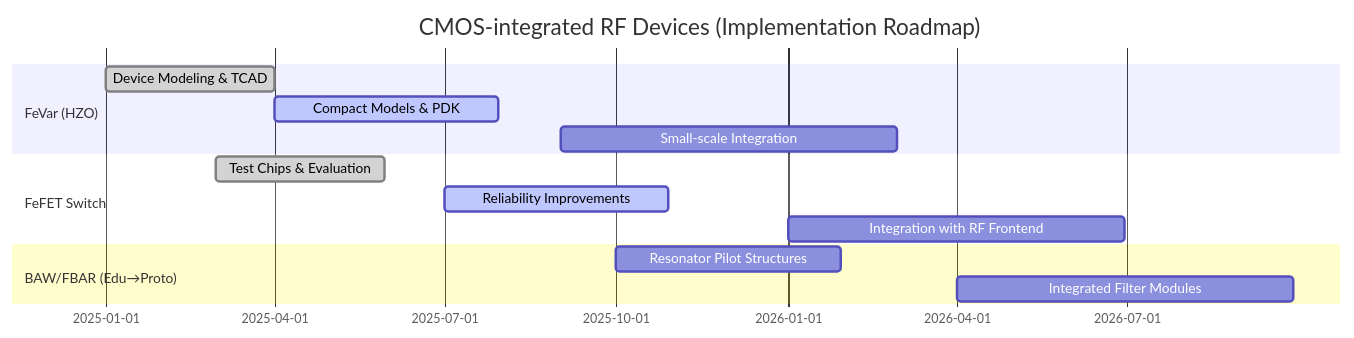
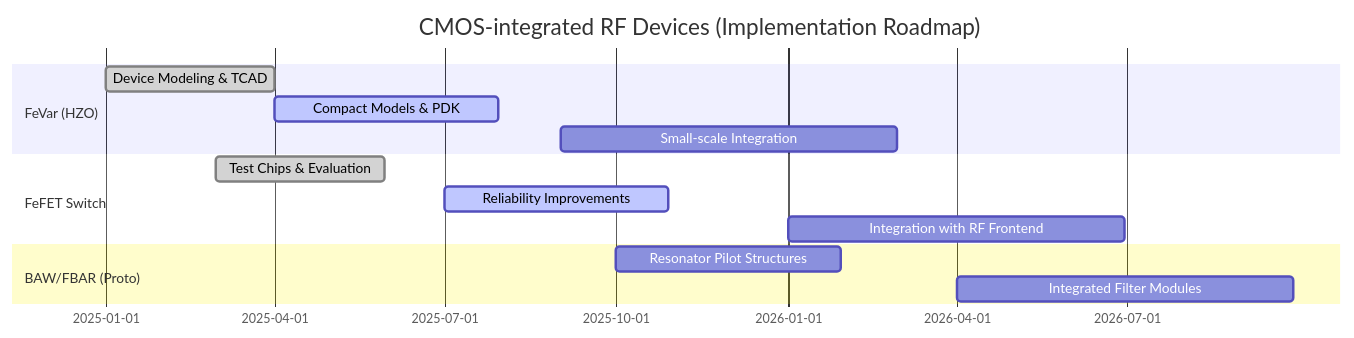
One commit to Samizo-AITL/Edusemi-Plus changed the second of 2 diagrams in applied-devices/rf-devices/proposal.md. Above: the diagram before and after it, drawn with Mermaid. The commit also changed other lines of this file, not shown here.

````diff
--- a/applied-devices/rf-devices/proposal.md
+++ b/applied-devices/rf-devices/proposal.md
@@ -166,16 +167,16 @@
 ```mermaid
 gantt
     title CMOS-integrated RF Devices (Implementation Roadmap)
     dateFormat  YYYY-MM-DD
     section FeVar (HZO)
     Device Modeling & TCAD     :done,    des1, 2025-01-01, 90d
     Compact Models & PDK       :active,  des2, 2025-04-01, 120d
     Small-scale Integration    :         des3, 2025-09-01, 180d
     section FeFET Switch
     Test Chips & Evaluation    :done,    sw1,  2025-03-01, 90d
     Reliability Improvements   :active,  sw2,  2025-07-01, 120d
     Integration with RF Frontend:        sw3,  2026-01-01, 180d
-    section BAW/FBAR (Edu→Proto)
+    section BAW/FBAR (Proto)
     Resonator Pilot Structures :         baw1, 2025-10-01, 120d
     Integrated Filter Modules  :         baw2, 2026-04-01, 180d
 ```
````
